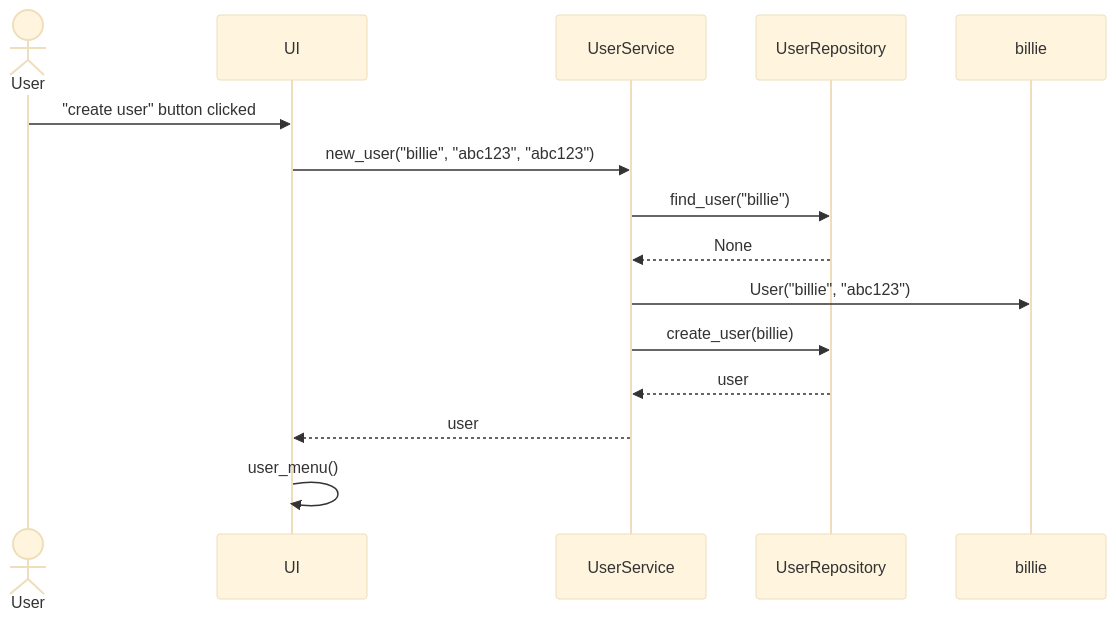
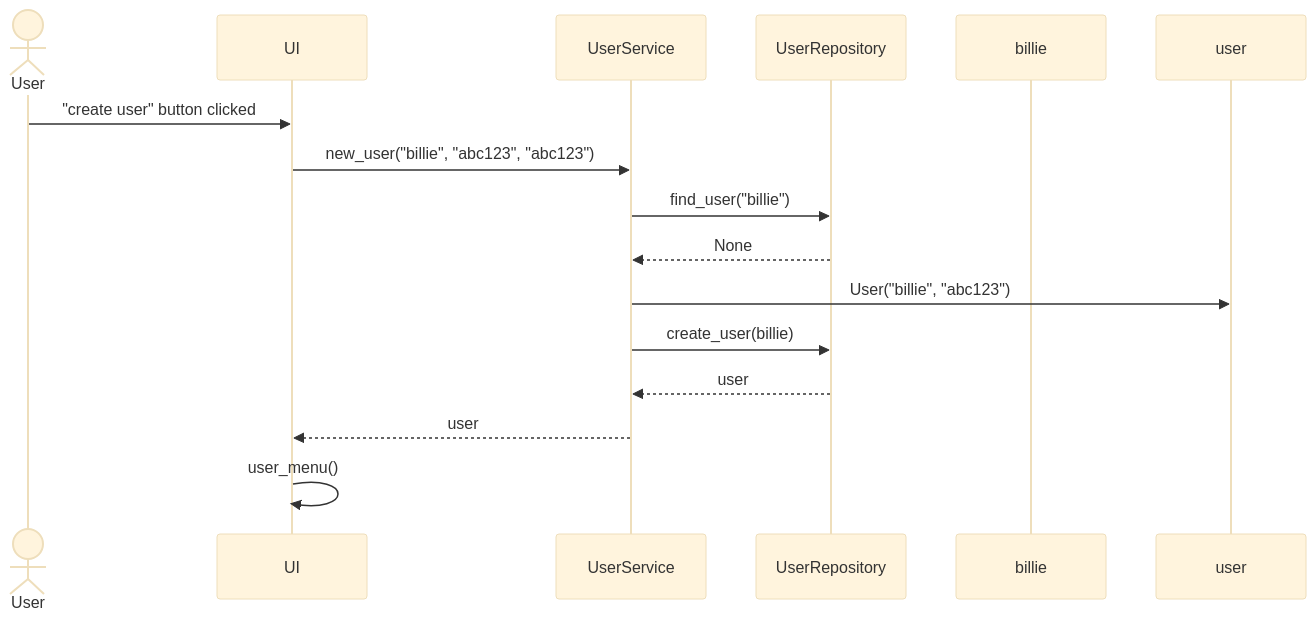
Before and after one commit to gabikakol/ot-exercise: the third of 7 diagrams in travel-budget-app/documentation/architecture.md, drawn with Mermaid (base theme). The commit also changed other lines of this file, not shown here.

Commit message:
stats diagrams done

````diff
--- a/travel-budget-app/documentation/architecture.md
+++ b/travel-budget-app/documentation/architecture.md
@@ -91,17 +92,19 @@
 ```mermaid
 sequenceDiagram
+
   actor User
   participant UI
   participant UserService
   participant UserRepository
   participant billie
+  
   User->>UI: "create user" button clicked
   UI->>UserService: new_user("billie", "abc123", "abc123")
   UserService->>UserRepository: find_user("billie")
   UserRepository-->>UserService: None
-  UserService->>billie: User("billie", "abc123")
+  UserService->>user: User("billie", "abc123")
   UserService->>UserRepository: create_user(billie)
   UserRepository-->>UserService: user
   UserService-->>UI: user
   UI->>UI: user_menu()
 ```
````
